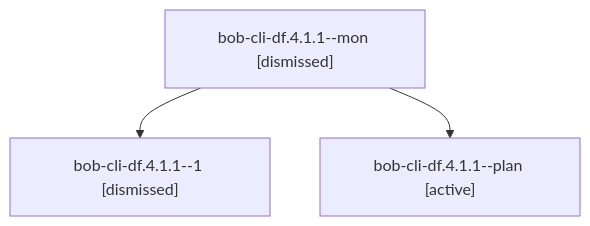
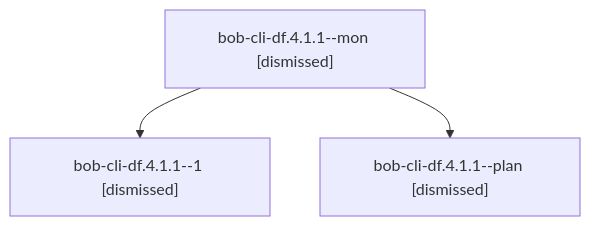
The diagram in sessions/bbugyi200.athena.bob-cli-df.4.1.1.md (bobs-org/bob-cli--agents), drawn with Mermaid before and after one commit. The commit also changed other lines of this file and 155 other files, not shown here.

````diff
--- a/sessions/bbugyi200.athena.bob-cli-df.4.1.1.md
+++ b/sessions/bbugyi200.athena.bob-cli-df.4.1.1.md
@@ -9,8 +9,8 @@
 ```mermaid
 flowchart TD
   n0["bob-cli-df.4.1.1--mon [dismissed]"]
   n1["bob-cli-df.4.1.1--1 [dismissed]"]
   n0 --> n1
-  n2["bob-cli-df.4.1.1--plan [active]"]
+  n2["bob-cli-df.4.1.1--plan [dismissed]"]
   n0 --> n2
 ```
````
